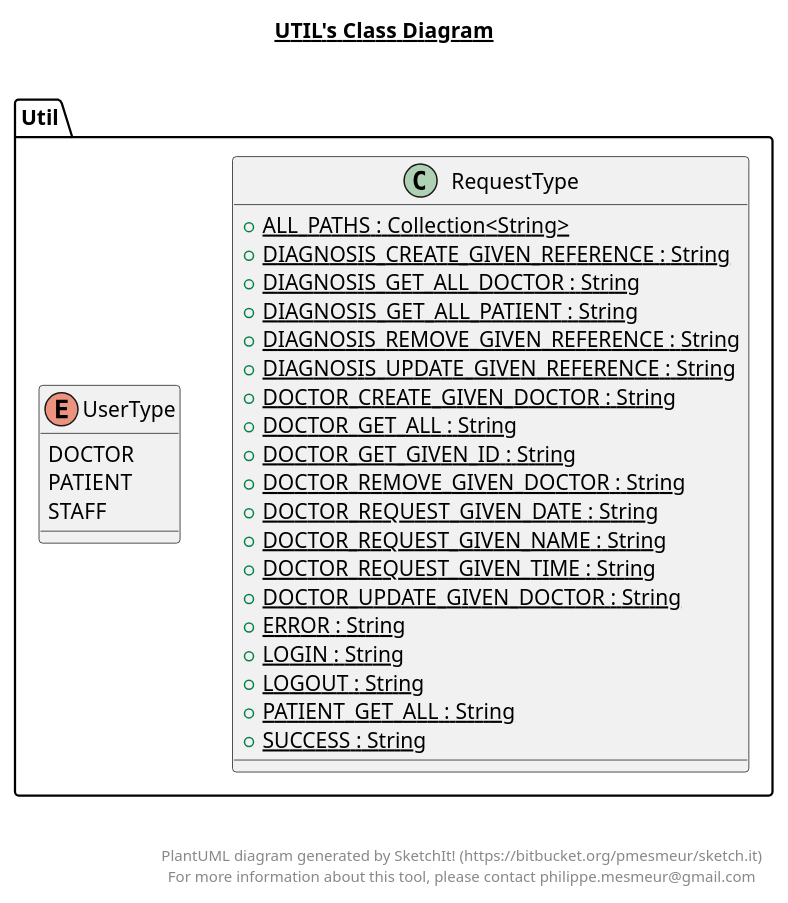
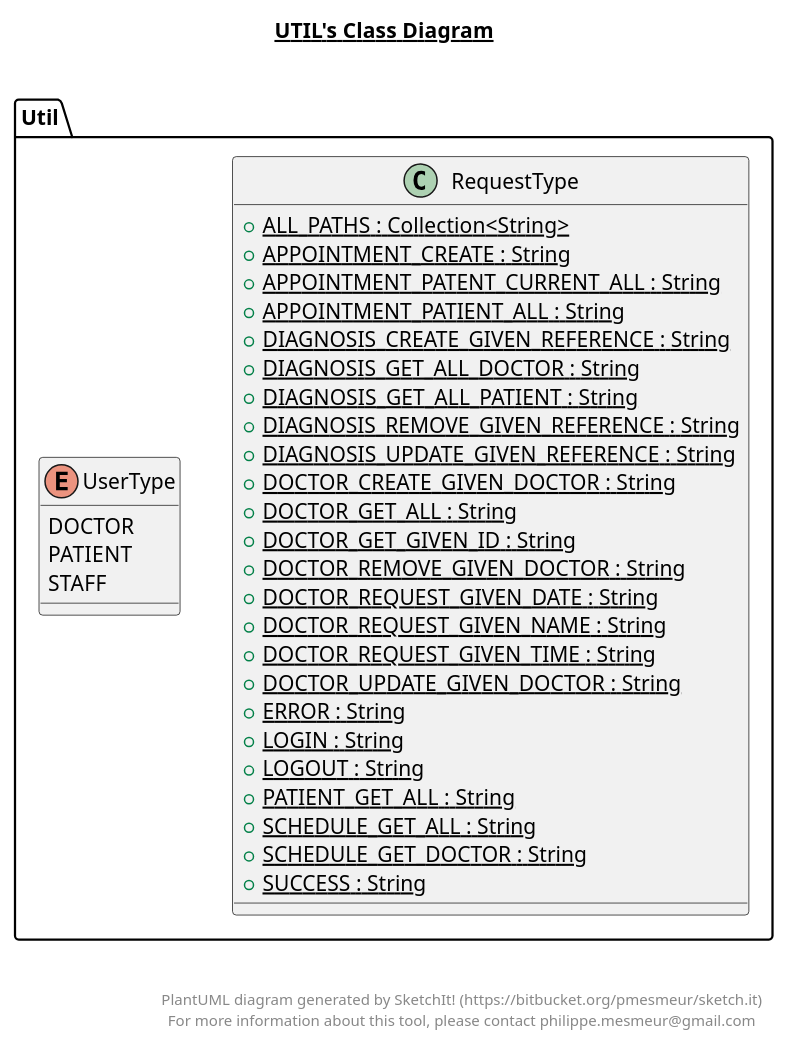
One commit to AidanJohnston/Omar changed the diagram in src/Util/Util.puml. Above: the diagram before and after it, drawn with PlantUML. The commit also changed 6 other files, not shown here.

```diff
--- a/src/Util/Util.puml
+++ b/src/Util/Util.puml
@@ -1,48 +1,53 @@
 @startuml
 
 title __UTIL's Class Diagram__\n
 
   namespace Util {
     class Util.RequestType {
         {static} + ALL_PATHS : Collection<String>
+        {static} + APPOINTMENT_CREATE : String
+        {static} + APPOINTMENT_PATENT_CURRENT_ALL : String
+        {static} + APPOINTMENT_PATIENT_ALL : String
         {static} + DIAGNOSIS_CREATE_GIVEN_REFERENCE : String
         {static} + DIAGNOSIS_GET_ALL_DOCTOR : String
         {static} + DIAGNOSIS_GET_ALL_PATIENT : String
         {static} + DIAGNOSIS_REMOVE_GIVEN_REFERENCE : String
         {static} + DIAGNOSIS_UPDATE_GIVEN_REFERENCE : String
         {static} + DOCTOR_CREATE_GIVEN_DOCTOR : String
         {static} + DOCTOR_GET_ALL : String
         {static} + DOCTOR_GET_GIVEN_ID : String
         {static} + DOCTOR_REMOVE_GIVEN_DOCTOR : String
         {static} + DOCTOR_REQUEST_GIVEN_DATE : String
         {static} + DOCTOR_REQUEST_GIVEN_NAME : String
         {static} + DOCTOR_REQUEST_GIVEN_TIME : String
         {static} + DOCTOR_UPDATE_GIVEN_DOCTOR : String
         {static} + ERROR : String
         {static} + LOGIN : String
         {static} + LOGOUT : String
         {static} + PATIENT_GET_ALL : String
+        {static} + SCHEDULE_GET_ALL : String
+        {static} + SCHEDULE_GET_DOCTOR : String
         {static} + SUCCESS : String
     }
   }
   
 
   namespace Util {
     enum UserType {
       DOCTOR
       PATIENT
       STAFF
     }
   }
   
 
 
 
 right footer
 
 
 PlantUML diagram generated by SketchIt! (https://bitbucket.org/pmesmeur/sketch.it)
 For more information about this tool, please contact philippe.mesmeur@gmail.com
 endfooter
 
 @enduml
```
